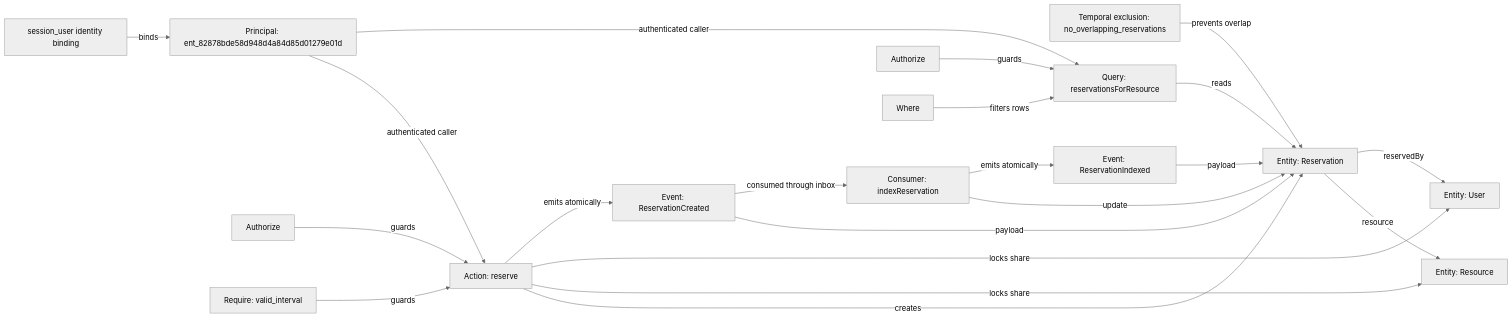
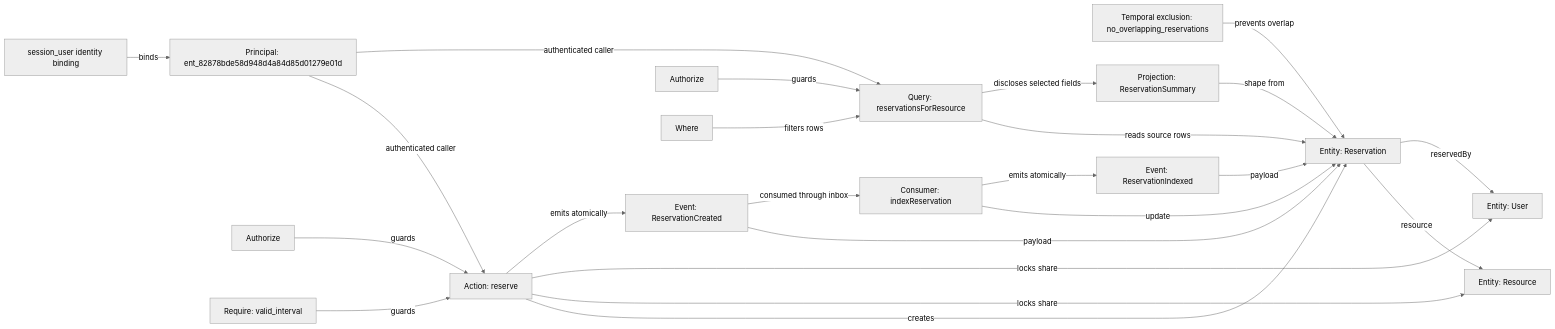
Before and after one commit to atlanticplatformgroup/ModelLang: the diagram in generated/reservations/model.mmd, drawn with Mermaid (neutral theme). The commit also changed 126 other files, not shown here.

```diff
--- a/generated/reservations/model.mmd
+++ b/generated/reservations/model.mmd
@@ -1,31 +1,34 @@
 flowchart LR
   identity["session_user identity binding"]
   principal["Principal: ent_82878bde58d948d4a84d85d01279e01d"]
   identity -->|binds| principal
   entity_ent_82878bde58d948d4a84d85d01279e01d["Entity: User"]
   entity_ent_7cb2307972954d83a6f344764faaae39["Entity: Resource"]
   entity_ent_ba2d028e915841d1ab90adfa40d38404["Entity: Reservation"]
   entity_ent_ba2d028e915841d1ab90adfa40d38404 -->|resource| entity_ent_7cb2307972954d83a6f344764faaae39
   entity_ent_ba2d028e915841d1ab90adfa40d38404 -->|reservedBy| entity_ent_82878bde58d948d4a84d85d01279e01d
   exclusion_exc_d55bab6e14884cd5a7d2bacfc30458ba["Temporal exclusion: no_overlapping_reservations"] -->|prevents overlap| entity_ent_ba2d028e915841d1ab90adfa40d38404
   event_evt_40d694c9a0a274dc79c6168e47d25968["Event: ReservationCreated"]
   event_evt_40d694c9a0a274dc79c6168e47d25968 -->|payload| entity_ent_ba2d028e915841d1ab90adfa40d38404
   event_evt_60d694c9a0a274dc79c6168e47d25968["Event: ReservationIndexed"]
   event_evt_60d694c9a0a274dc79c6168e47d25968 -->|payload| entity_ent_ba2d028e915841d1ab90adfa40d38404
   action_act_508ad810a19d4b79a5009871de5cd26b["Action: reserve"]
   principal -->|authenticated caller| action_act_508ad810a19d4b79a5009871de5cd26b
   action_act_508ad810a19d4b79a5009871de5cd26b -->|creates| entity_ent_ba2d028e915841d1ab90adfa40d38404
   authorize_action_act_508ad810a19d4b79a5009871de5cd26b["Authorize"] -->|guards| action_act_508ad810a19d4b79a5009871de5cd26b
   require_action_act_508ad810a19d4b79a5009871de5cd26b_valid_interval["Require: valid_interval"] -->|guards| action_act_508ad810a19d4b79a5009871de5cd26b
   action_act_508ad810a19d4b79a5009871de5cd26b -->|locks share| entity_ent_7cb2307972954d83a6f344764faaae39
   action_act_508ad810a19d4b79a5009871de5cd26b -->|locks share| entity_ent_82878bde58d948d4a84d85d01279e01d
   action_act_508ad810a19d4b79a5009871de5cd26b -->|emits atomically| event_evt_40d694c9a0a274dc79c6168e47d25968
   consumer_con_20d694c9a0a274dc79c6168e47d25968["Consumer: indexReservation"]
   event_evt_40d694c9a0a274dc79c6168e47d25968 -->|consumed through inbox| consumer_con_20d694c9a0a274dc79c6168e47d25968
   consumer_con_20d694c9a0a274dc79c6168e47d25968 -->|update| entity_ent_ba2d028e915841d1ab90adfa40d38404
   consumer_con_20d694c9a0a274dc79c6168e47d25968 -->|emits atomically| event_evt_60d694c9a0a274dc79c6168e47d25968
+  projection_prj_80d694c9a0a274dc79c6168e47d25968["Projection: ReservationSummary"]
   query_qry_94d8a56f4c2640fab58a4c2190c35c69["Query: reservationsForResource"]
   principal -->|authenticated caller| query_qry_94d8a56f4c2640fab58a4c2190c35c69
-  query_qry_94d8a56f4c2640fab58a4c2190c35c69 -->|reads| entity_ent_ba2d028e915841d1ab90adfa40d38404
+  query_qry_94d8a56f4c2640fab58a4c2190c35c69 -->|reads source rows| entity_ent_ba2d028e915841d1ab90adfa40d38404
+  query_qry_94d8a56f4c2640fab58a4c2190c35c69 -->|discloses selected fields| projection_prj_80d694c9a0a274dc79c6168e47d25968
+  projection_prj_80d694c9a0a274dc79c6168e47d25968 -->|shape from| entity_ent_ba2d028e915841d1ab90adfa40d38404
   authorize_query_qry_94d8a56f4c2640fab58a4c2190c35c69["Authorize"] -->|guards| query_qry_94d8a56f4c2640fab58a4c2190c35c69
   where_query_qry_94d8a56f4c2640fab58a4c2190c35c69["Where"] -->|filters rows| query_qry_94d8a56f4c2640fab58a4c2190c35c69
```
